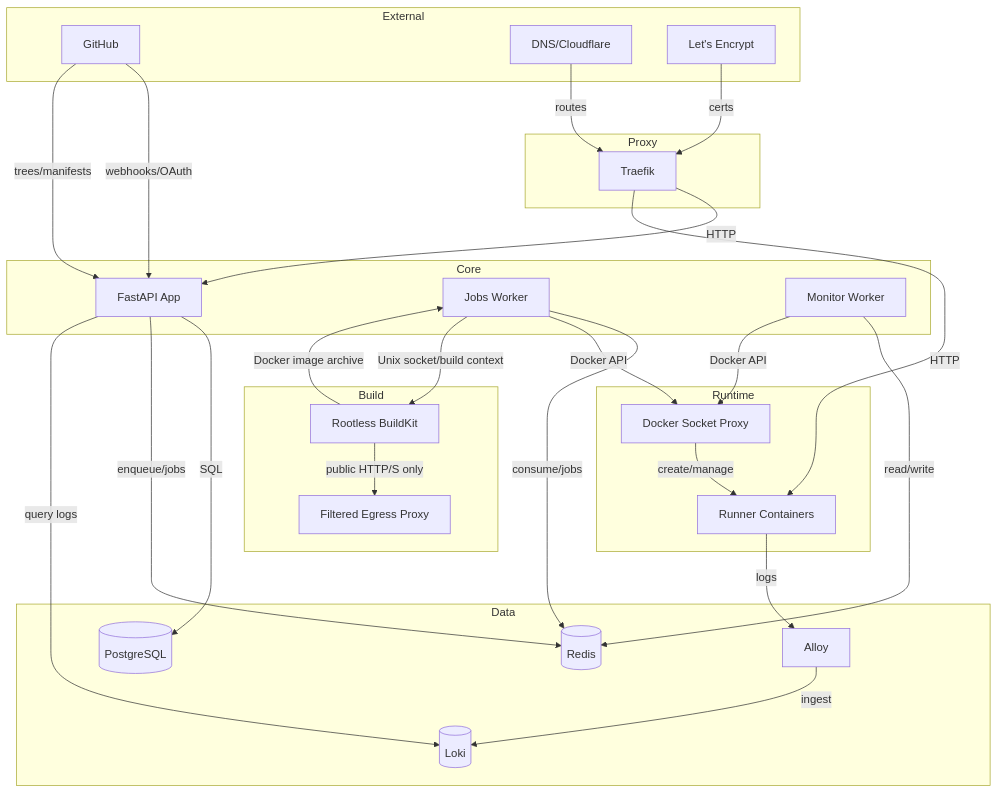
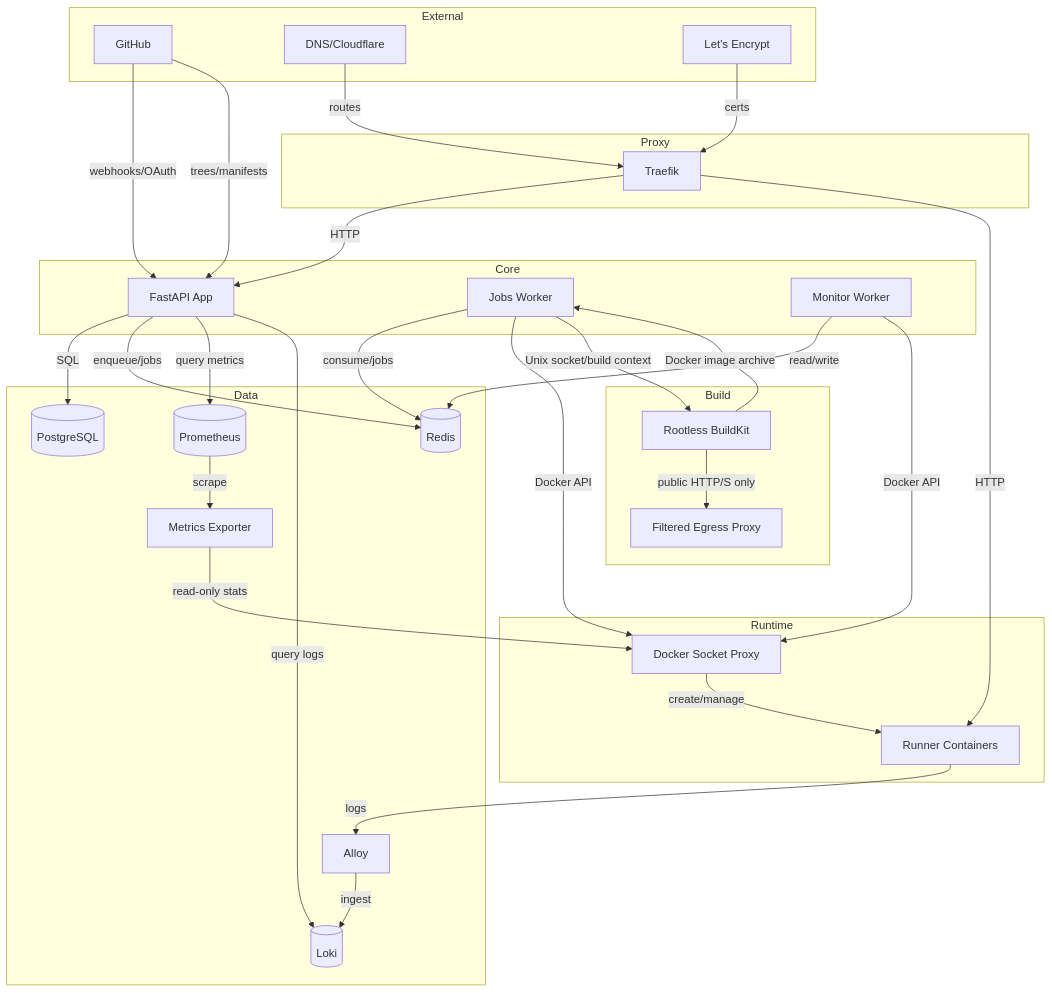
Before and after one commit to mayowaoladosu/devvpush: the first of 2 diagrams in ARCHITECTURE.md, drawn with Mermaid. The commit also changed other lines of this file and 22 other files, not shown here.

````diff
--- a/ARCHITECTURE.md
+++ b/ARCHITECTURE.md
@@ -45,55 +47,60 @@
 ```mermaid
 flowchart TB
   subgraph External
     GH[GitHub]
     DNS[DNS/Cloudflare]
     ACME[Let's Encrypt]
   end
 
   subgraph Proxy
     T[Traefik]
   end
 
   subgraph Core
     A[FastAPI App]
     W[Jobs Worker]
     M[Monitor Worker]
   end
 
   subgraph Data
     PG[(PostgreSQL)]
     R[(Redis)]
     AL[Alloy]
     L[(Loki)]
+    MX[Metrics Exporter]
+    P[(Prometheus)]
   end
 
   subgraph Runtime
     DP[Docker Socket Proxy]
     RC[Runner Containers]
   end
 
   subgraph Build
     BK[Rootless BuildKit]
     EP[Filtered Egress Proxy]
   end
 
   GH -- webhooks/OAuth --> A
   GH -- trees/manifests --> A
   DNS -- routes --> T
   ACME -- certs --> T
   T -- HTTP --> A
   T -- HTTP --> RC
   A -- SQL --> PG
   A -- enqueue/jobs --> R
   W -- consume/jobs --> R
   M -- read/write --> R
   W -- Docker API --> DP
   W -- Unix socket/build context --> BK
   BK -- Docker image archive --> W
   BK -- public HTTP/S only --> EP
   M -- Docker API --> DP
   DP -- create/manage --> RC
+  MX -- read-only stats --> DP
+  P -- scrape --> MX
+  A -- query metrics --> P
   RC -- logs --> AL
   AL -- ingest --> L
   A -- query logs --> L
 ```
````
